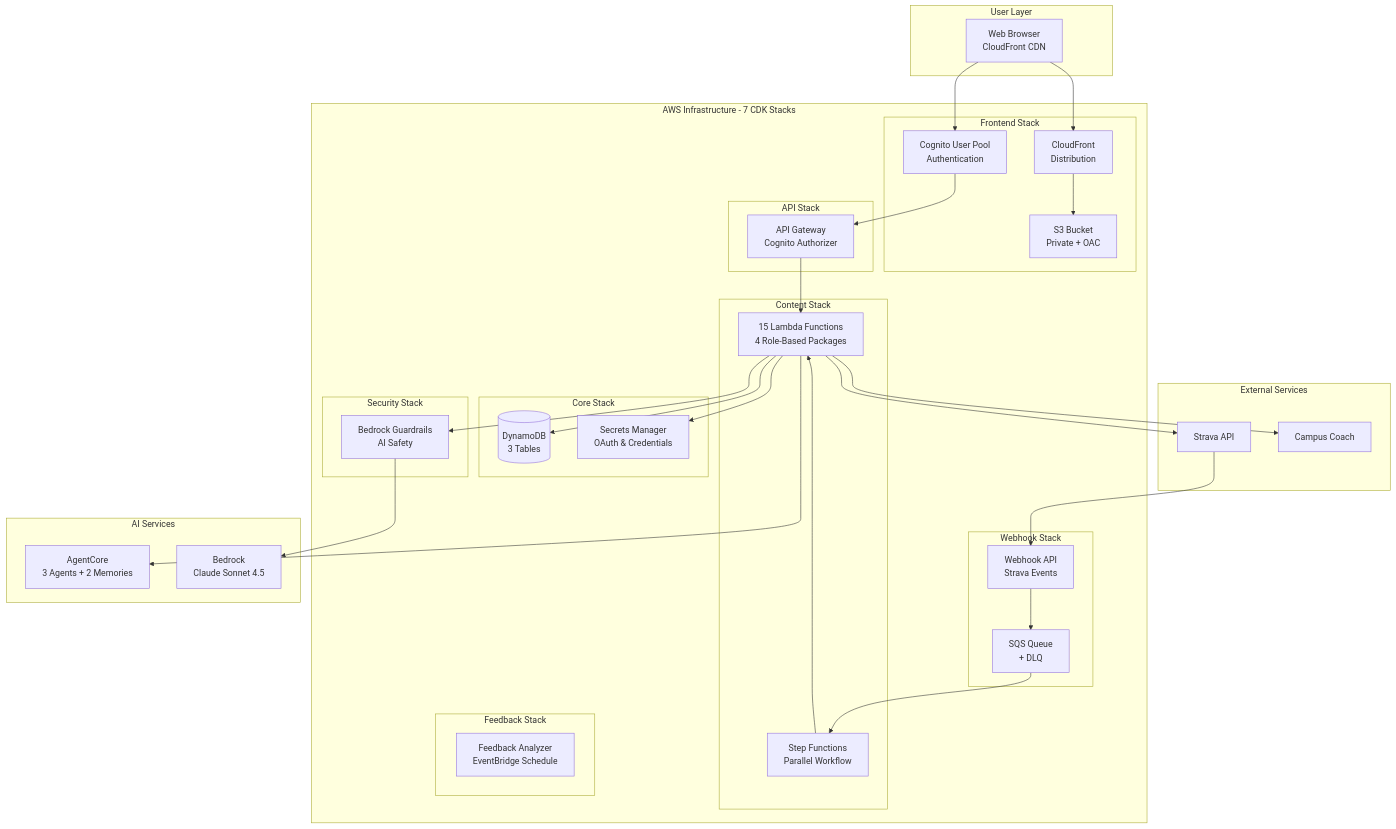
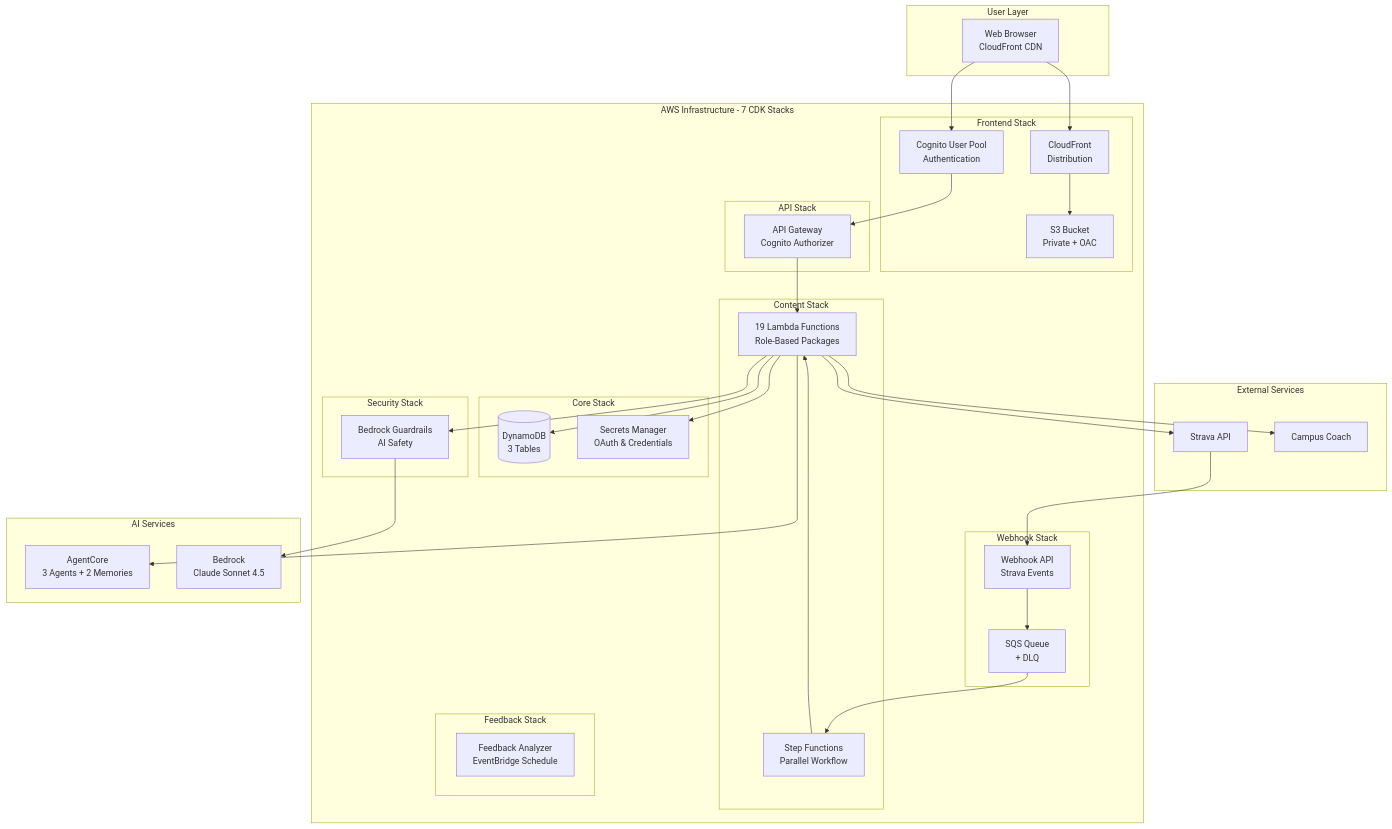
One commit to el-pedrito/strava-ai-boost changed the first of 2 diagrams in README.md. Above: the diagram before and after it, drawn with Mermaid. The commit also changed other lines of this file and 6 other files, not shown here.

````diff
--- a/README.md
+++ b/README.md
@@ -244,71 +261,71 @@
 ```mermaid
 graph TB
     subgraph "User Layer"
         Browser[Web Browser<br/>CloudFront CDN]
     end
 
     subgraph "AWS Infrastructure - 7 CDK Stacks"
         subgraph "Frontend Stack"
             S3[S3 Bucket<br/>Private + OAC]
             CF[CloudFront<br/>Distribution]
             Cognito[Cognito User Pool<br/>Authentication]
         end
 
         subgraph "Core Stack"
             DDB[(DynamoDB<br/>3 Tables)]
             Secrets[Secrets Manager<br/>OAuth & Credentials]
         end
 
         subgraph "Security Stack"
             Guardrails[Bedrock Guardrails<br/>AI Safety]
         end
 
         subgraph "Webhook Stack"
             WebhookAPI[Webhook API<br/>Strava Events]
             SQS[SQS Queue<br/>+ DLQ]
         end
 
         subgraph "Content Stack"
             SF[Step Functions<br/>Parallel Workflow]
-            Lambda12[15 Lambda Functions<br/>4 Role-Based Packages]
+            Lambda12[19 Lambda Functions<br/>Role-Based Packages]
         end
 
         subgraph "API Stack"
             APIGW[API Gateway<br/>Cognito Authorizer]
         end
 
         subgraph "Feedback Stack"
             FB[Feedback Analyzer<br/>EventBridge Schedule]
         end
     end
 
     subgraph "AI Services"
         AgentCore[AgentCore<br/>3 Agents + 2 Memories]
         Bedrock[Bedrock<br/>Claude Sonnet 4.5]
     end
 
     subgraph "External Services"
         Strava[Strava API]
         Campus[Campus Coach]
     end
 
     Browser --> CF
     CF --> S3
     Browser --> Cognito
     Cognito --> APIGW
     APIGW --> Lambda12
     Lambda12 --> DDB
     Lambda12 --> Secrets
 
     Strava --> WebhookAPI
     WebhookAPI --> SQS
     SQS --> SF
     SF --> Lambda12
 
     Lambda12 --> Guardrails
     Guardrails --> Bedrock
     Lambda12 --> AgentCore
     Lambda12 --> Strava
     Lambda12 --> Campus
 
 ```
````
